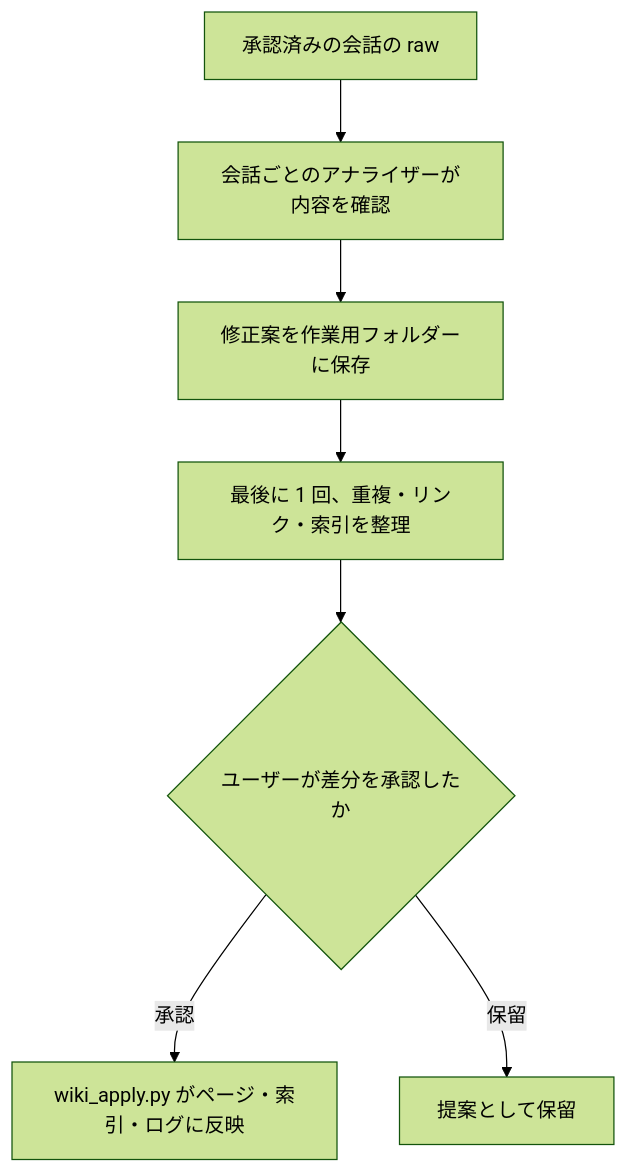
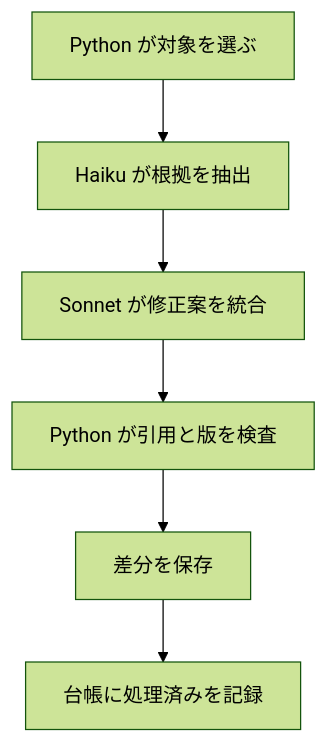
Before and after one commit to to884/info-hive-dev: the diagram in wiki/assets/overview/85f98d872e3bcdc9.overview.md, drawn with Mermaid (forest theme). The commit also changed other lines of this file and 10 other files, not shown here.

````diff
--- a/wiki/assets/overview/85f98d872e3bcdc9.overview.md
+++ b/wiki/assets/overview/85f98d872e3bcdc9.overview.md
@@ -14,13 +14,8 @@
 ```mermaid
 flowchart TD
-  T["承認済みの会話の raw"]
-  A["会話ごとのアナライザーが内容を確認"]
-  P["修正案を作業用フォルダーに保存"]
-  O["最後に 1 回、重複・リンク・索引を整理"]
-  U{"ユーザーが差分を承認したか"}
-  W["wiki_apply.py がページ・索引・ログに反映"]
-  H["提案として保留"]
-  T --> A --> P --> O --> U
-  U -->|承認| W
-  U -->|保留| H
+  A["Python が対象を選ぶ"] --> H["Haiku が根拠を抽出"]
+  H --> S["Sonnet が修正案を統合"]
+  S --> V["Python が引用と版を検査"]
+  V --> D["差分を保存"]
+  D --> L["台帳に処理済みを記録"]
 ```
````
